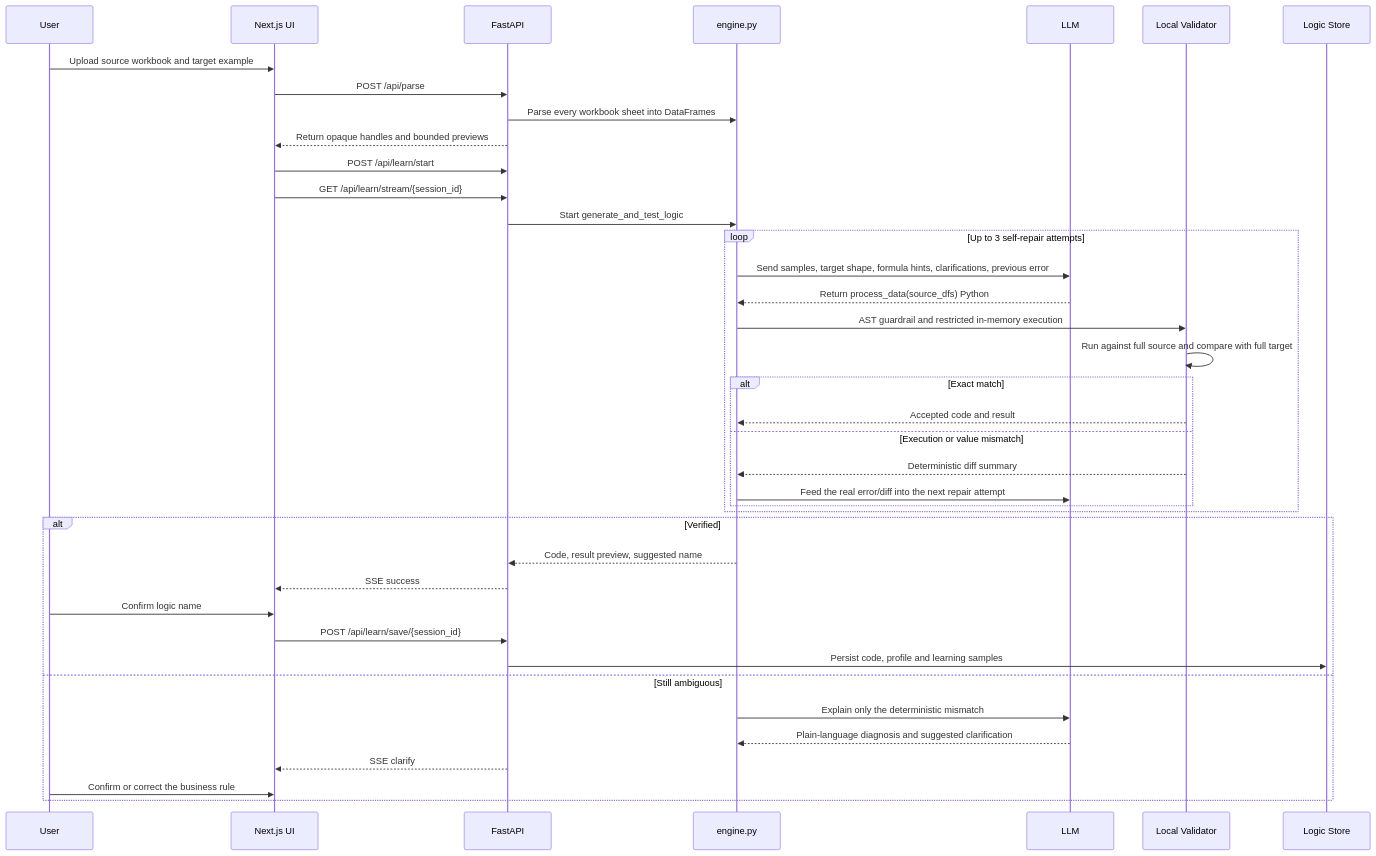
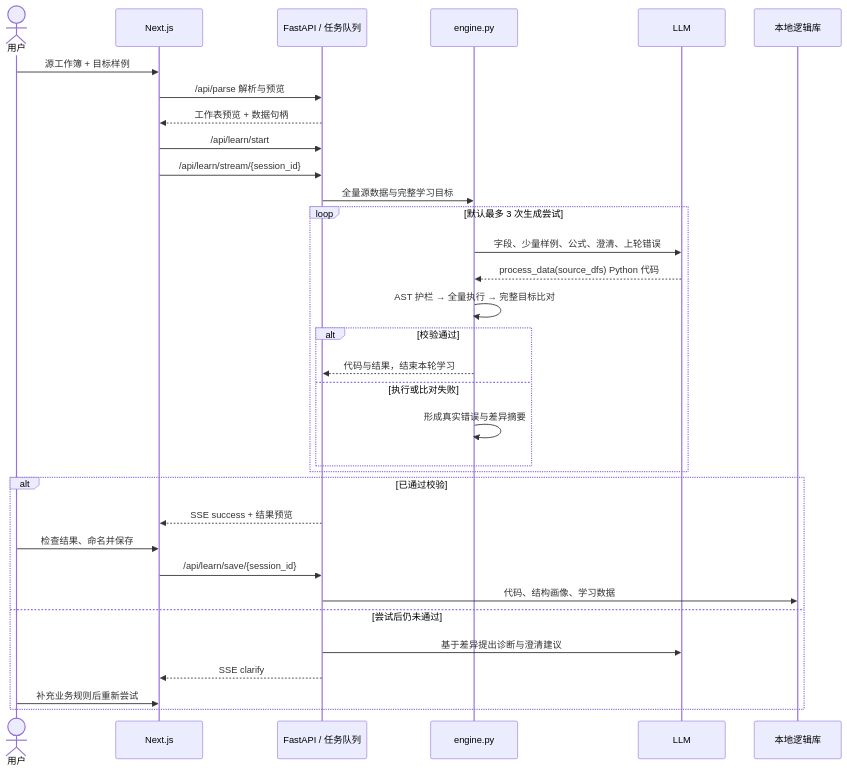
One commit to lkk4786583737-dotcom/SwiftGrid changed the first of 2 diagrams in docs/ARCHITECTURE_zh.md. Above: the diagram before and after it, drawn with Mermaid. The commit also changed other lines of this file and 30 other files, not shown here.

````diff
--- a/docs/ARCHITECTURE_zh.md
+++ b/docs/ARCHITECTURE_zh.md
@@ -47,45 +25,35 @@
 ```mermaid
 sequenceDiagram
-    participant U as User
-    participant UI as Next.js UI
-    participant API as FastAPI
+    actor U as 用户
+    participant UI as Next.js
+    participant API as FastAPI / 任务队列
     participant E as engine.py
     participant M as LLM
-    participant V as Local Validator
-    participant S as Logic Store
-
-    U->>UI: Upload source workbook and target example
-    UI->>API: POST /api/parse
-    API->>E: Parse every workbook sheet into DataFrames
-    API-->>UI: Return opaque handles and bounded previews
-
-    UI->>API: POST /api/learn/start
-    UI->>API: GET /api/learn/stream/{session_id}
-    API->>E: Start generate_and_test_logic
-
-    loop Up to 3 self-repair attempts
-        E->>M: Send samples, target shape, formula hints, clarifications, previous error
-        M-->>E: Return process_data(source_dfs) Python
-        E->>V: AST guardrail and restricted in-memory execution
-        V->>V: Run against full source and compare with full target
-        alt Exact match
-            V-->>E: Accepted code and result
-        else Execution or value mismatch
-            V-->>E: Deterministic diff summary
-            E->>M: Feed the real error/diff into the next repair attempt
+    participant S as 本地逻辑库
+    U->>UI: 源工作簿 + 目标样例
+    UI->>API: /api/parse 解析与预览
+    API-->>UI: 工作表预览 + 数据句柄
+    UI->>API: /api/learn/start
+    UI->>API: /api/learn/stream/{session_id}
+    API->>E: 全量源数据与完整学习目标
+    loop 默认最多 3 次生成尝试
+        E->>M: 字段、少量样例、公式、澄清、上轮错误
+        M-->>E: process_data(source_dfs) Python 代码
+        E->>E: AST 护栏 → 全量执行 → 完整目标比对
+        alt 校验通过
+            E-->>API: 代码与结果，结束本轮学习
+        else 执行或比对失败
+            E->>E: 形成真实错误与差异摘要
         end
     end
-
-    alt Verified
-        E-->>API: Code, result preview, suggested name
-        API-->>UI: SSE success
-        U->>UI: Confirm logic name
-        UI->>API: POST /api/learn/save/{session_id}
-        API->>S: Persist code, profile and learning samples
-    else Still ambiguous
-        E->>M: Explain only the deterministic mismatch
-        M-->>E: Plain-language diagnosis and suggested clarification
+    alt 已通过校验
+        API-->>UI: SSE success + 结果预览
+        U->>UI: 检查结果、命名并保存
+        UI->>API: /api/learn/save/{session_id}
+        API->>S: 代码、结构画像、学习数据
+    else 尝试后仍未通过
+        API->>M: 基于差异提出诊断与澄清建议
         API-->>UI: SSE clarify
-        U->>UI: Confirm or correct the business rule
+        U->>UI: 补充业务规则后重新尝试
     end
 ```
````
